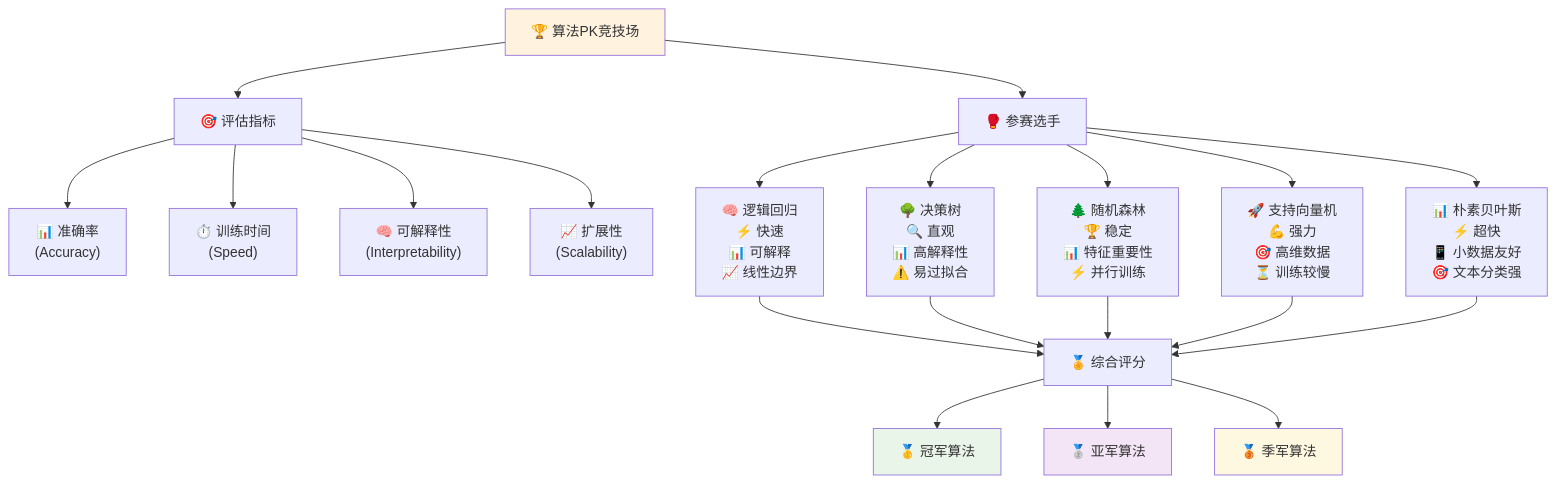
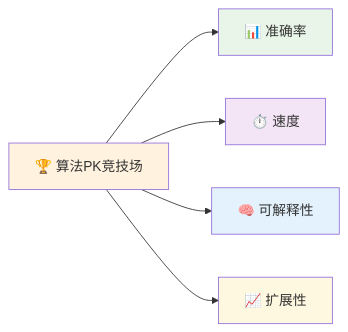
The fifth of 6 diagrams in 第二册-AI技术与智能体开发/第20章-Scikit-learn基础应用.md (youngzs/GenAI-Python-Book), drawn with Mermaid before and after one commit. The commit also changed other lines of this file and 14 other files, not shown here.

````diff
--- a/第二册-AI技术与智能体开发/第20章-Scikit-learn基础应用.md
+++ b/第二册-AI技术与智能体开发/第20章-Scikit-learn基础应用.md
@@ -668,32 +650,13 @@
 ```mermaid
-graph TD
-    A["🏆 算法PK竞技场"] --> B["🎯 评估指标"]
-    
-    B --> B1["📊 准确率<br/>(Accuracy)"]
-    B --> B2["⏱️ 训练时间<br/>(Speed)"]
-    B --> B3["🧠 可解释性<br/>(Interpretability)"]
-    B --> B4["📈 扩展性<br/>(Scalability)"]
-    
-    A --> C["🥊 参赛选手"]
-    
-    C --> C1["🧠 逻辑回归<br/>⚡ 快速<br/>📊 可解释<br/>📈 线性边界"]
-    C --> C2["🌳 决策树<br/>🔍 直观<br/>📊 高解释性<br/>⚠️ 易过拟合"]
-    C --> C3["🌲 随机森林<br/>🏆 稳定<br/>📊 特征重要性<br/>⚡ 并行训练"]
-    C --> C4["🚀 支持向量机<br/>💪 强力<br/>🎯 高维数据<br/>⏳ 训练较慢"]
-    C --> C5["📊 朴素贝叶斯<br/>⚡ 超快<br/>📱 小数据友好<br/>🎯 文本分类强"]
-    
-    C1 --> D["🏅 综合评分"]
-    C2 --> D
-    C3 --> D
-    C4 --> D
-    C5 --> D
-    
-    D --> E["🥇 冠军算法"]
-    D --> F["🥈 亚军算法"]
-    D --> G["🥉 季军算法"]
+graph LR
+    A["🏆 算法PK竞技场"] --> B["📊 准确率"]
+    A --> C["⏱️ 速度"]
+    A --> D["🧠 可解释性"]
+    A --> E["📈 扩展性"]
     
     style A fill:#fff3e0
-    style E fill:#e8f5e8
-    style F fill:#f3e5f5
-    style G fill:#fff8e1
+    style B fill:#e8f5e8
+    style C fill:#f3e5f5
+    style D fill:#e3f2fd
+    style E fill:#fff8e1
 ```
````
